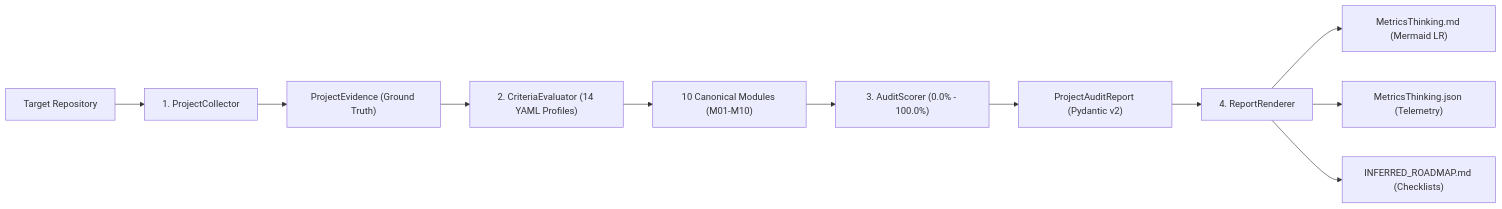
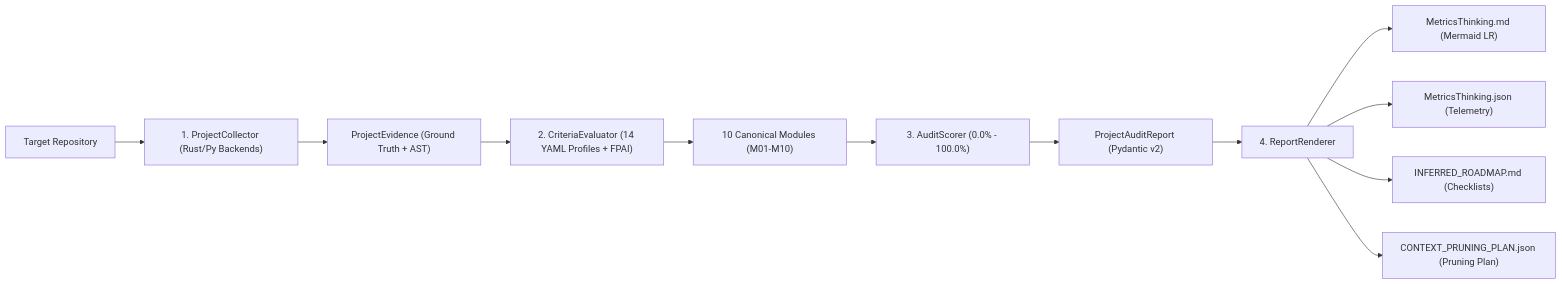
Before and after one commit to AlvaroAlejandroFinOps/Metrics: the diagram in 01_seed/seed-metricsthinking-master.md, drawn with Mermaid. The commit also changed other lines of this file and 68 other files, not shown here.

````diff
--- a/01_seed/seed-metricsthinking-master.md
+++ b/01_seed/seed-metricsthinking-master.md
@@ -169,13 +217,14 @@
 ```mermaid
 flowchart LR
-    Target["Target Repository"] --> Collect["1. ProjectCollector"]
-    Collect --> Evidence["ProjectEvidence (Ground Truth)"]
-    Evidence --> Eval["2. CriteriaEvaluator (14 YAML Profiles)"]
+    Target["Target Repository"] --> Collect["1. ProjectCollector (Rust/Py Backends)"]
+    Collect --> Evidence["ProjectEvidence (Ground Truth + AST)"]
+    Evidence --> Eval["2. CriteriaEvaluator (14 YAML Profiles + FPAI)"]
     Eval --> Modules["10 Canonical Modules (M01-M10)"]
     Modules --> Score["3. AuditScorer (0.0% - 100.0%)"]
     Score --> Report["ProjectAuditReport (Pydantic v2)"]
     Report --> Render["4. ReportRenderer"]
     Render --> OutMD["MetricsThinking.md (Mermaid LR)"]
     Render --> OutJSON["MetricsThinking.json (Telemetry)"]
     Render --> OutRoad["INFERRED_ROADMAP.md (Checklists)"]
+    Render --> OutPrune["CONTEXT_PRUNING_PLAN.json (Pruning Plan)"]
 ```
````
